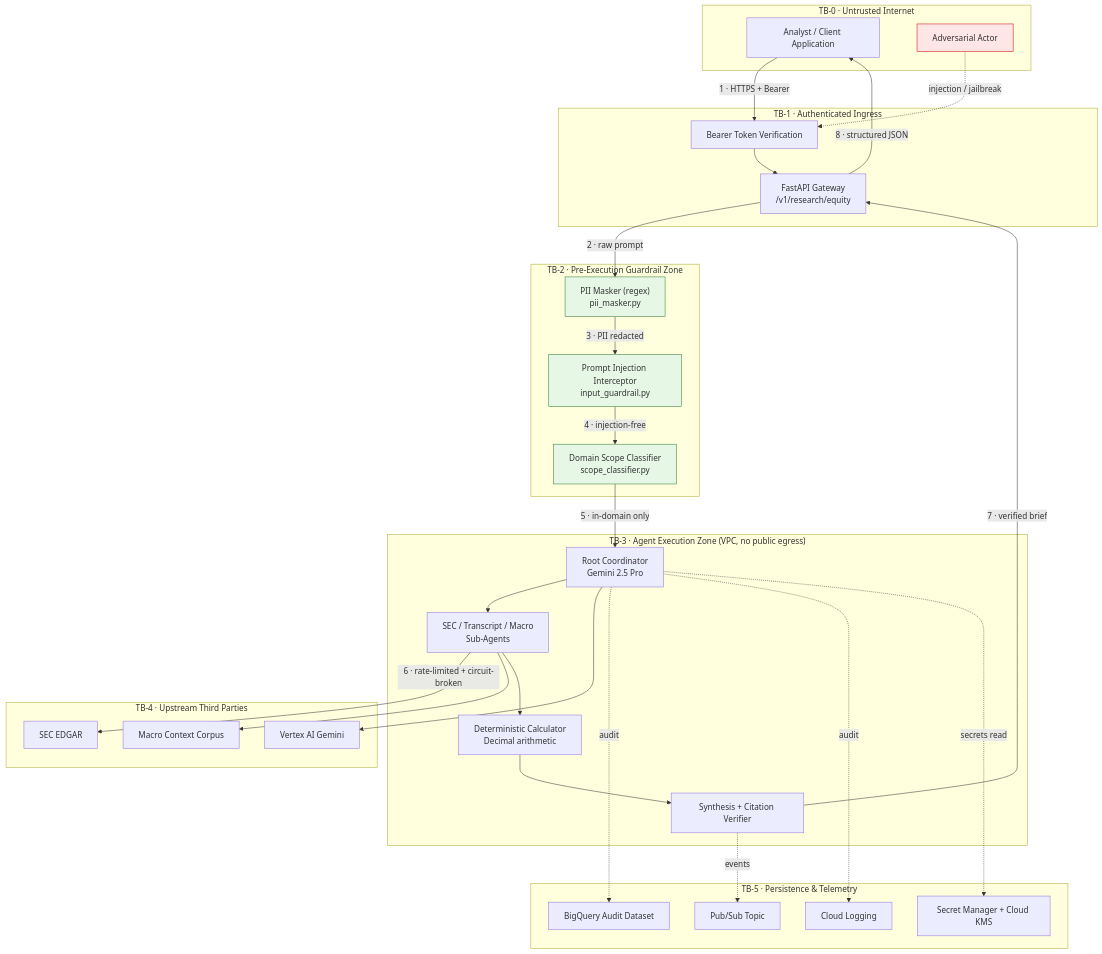
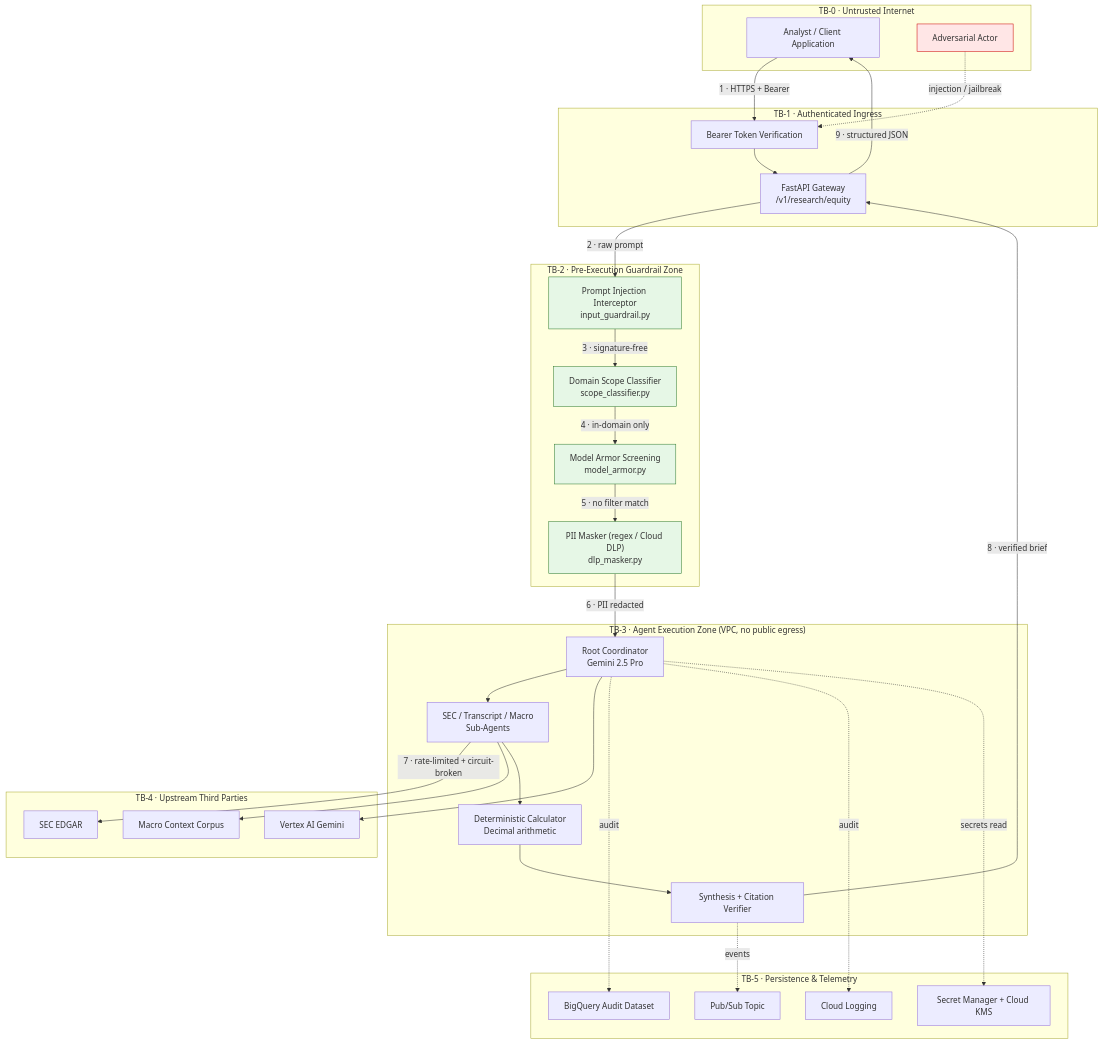
One commit to Ignotus-21/Finance-Agent---Investment-Research-Agent changed the diagram in docs/threat_model.md. Above: the diagram before and after it, drawn with Mermaid. The commit also changed other lines of this file and 23 other files, not shown here.

````diff
--- a/docs/threat_model.md
+++ b/docs/threat_model.md
@@ -38,65 +38,67 @@
 ```mermaid
 flowchart TB
     subgraph TB0["TB-0 · Untrusted Internet"]
         Analyst["Analyst / Client Application"]
         Attacker["Adversarial Actor"]
     end
 
     subgraph TB1["TB-1 · Authenticated Ingress"]
         Gateway["FastAPI Gateway<br/>/v1/research/equity"]
         Auth["Bearer Token Verification"]
     end
 
     subgraph TB2["TB-2 · Pre-Execution Guardrail Zone"]
-        DLP["PII Masker (regex)<br/>pii_masker.py"]
         Injection["Prompt Injection Interceptor<br/>input_guardrail.py"]
         Scope["Domain Scope Classifier<br/>scope_classifier.py"]
+        Armor["Model Armor Screening<br/>model_armor.py"]
+        DLP["PII Masker (regex / Cloud DLP)<br/>dlp_masker.py"]
     end
 
     subgraph TB3["TB-3 · Agent Execution Zone (VPC, no public egress)"]
         Root["Root Coordinator<br/>Gemini 2.5 Pro"]
         Subs["SEC / Transcript / Macro<br/>Sub-Agents"]
         Calc["Deterministic Calculator<br/>Decimal arithmetic"]
         Synth["Synthesis + Citation Verifier"]
     end
 
     subgraph TB4["TB-4 · Upstream Third Parties"]
         EDGAR["SEC EDGAR"]
         VSearch["Macro Context Corpus"]
         Gemini["Vertex AI Gemini"]
     end
 
     subgraph TB5["TB-5 · Persistence & Telemetry"]
         BQ["BigQuery Audit Dataset"]
         CLog["Cloud Logging"]
         SM["Secret Manager + Cloud KMS"]
         PS["Pub/Sub Topic"]
     end
 
     Analyst -->|"1 · HTTPS + Bearer"| Auth
     Attacker -.->|"injection / jailbreak"| Auth
     Auth --> Gateway
-    Gateway -->|"2 · raw prompt"| DLP
-    DLP -->|"3 · PII redacted"| Injection
-    Injection -->|"4 · injection-free"| Scope
-    Scope -->|"5 · in-domain only"| Root
+    Gateway -->|"2 · raw prompt"| Injection
+    Injection -->|"3 · signature-free"| Scope
+    Scope -->|"4 · in-domain only"| Armor
+    Armor -->|"5 · no filter match"| DLP
+    DLP -->|"6 · PII redacted"| Root
 
     Root --> Subs
-    Subs -->|"6 · rate-limited + circuit-broken"| EDGAR
+    Subs -->|"7 · rate-limited + circuit-broken"| EDGAR
     Subs --> VSearch
     Root --> Gemini
     Subs --> Calc
     Calc --> Synth
-    Synth -->|"7 · verified brief"| Gateway
-    Gateway -->|"8 · structured JSON"| Analyst
+    Synth -->|"8 · verified brief"| Gateway
+    Gateway -->|"9 · structured JSON"| Analyst
 
     Root -.->|audit| BQ
     Root -.->|audit| CLog
     Root -.->|secrets read| SM
     Synth -.->|events| PS
 
     classDef danger fill:#ffe6e6,stroke:#cc0000
     classDef guard fill:#e6f7e6,stroke:#2d7a2d
     class Attacker danger
-    class DLP,Injection,Scope guard
+    class DLP,Injection,Scope,Armor guard
 ```
````
